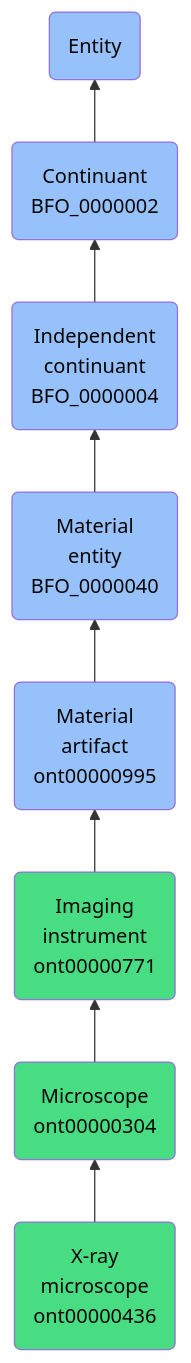
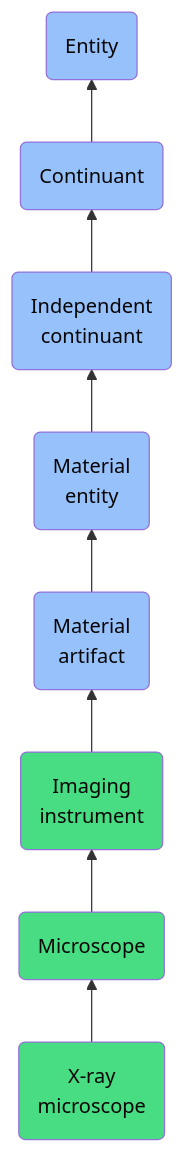
One commit to jupyter-naas/abi changed the diagram in docs/ontology/reference/model/Entity/Continuant/Independent continuant/Material entity/Material artifact/Imaging instrument/Microscope/X-ray microscope/X-ray microscope.md. Above: the diagram before and after it, drawn with Mermaid. The commit also changed other lines of this file and 1430 other files, not shown here.

````diff
--- a/docs/ontology/reference/model/Entity/Continuant/Independent continuant/Material entity/Material artifact/Imaging instrument/Microscope/X-ray microscope/X-ray microscope.md
+++ b/docs/ontology/reference/model/Entity/Continuant/Independent continuant/Material entity/Material artifact/Imaging instrument/Microscope/X-ray microscope/X-ray microscope.md
@@ -24,15 +24,15 @@
 ```mermaid
 graph BT
-    ont00000436(X-ray<br>microscope<br>ont00000436):::ABI-->ont00000304
-    ont00000304(Microscope<br>ont00000304):::ABI-->ont00000771
-    ont00000771(Imaging<br>instrument<br>ont00000771):::ABI-->ont00000995
-    ont00000995(Material<br>artifact<br>ont00000995):::BFO-->BFO_0000040
-    BFO_0000040(Material<br>entity<br>BFO_0000040):::BFO-->BFO_0000004
-    BFO_0000004(Independent<br>continuant<br>BFO_0000004):::BFO-->BFO_0000002
-    BFO_0000002(Continuant<br>BFO_0000002):::BFO-->BFO_0000001
+    ont00000436(X-ray<br>microscope):::ABI-->ont00000304
+    ont00000304(Microscope):::ABI-->ont00000771
+    ont00000771(Imaging<br>instrument):::ABI-->ont00000995
+    ont00000995(Material<br>artifact):::BFO-->BFO_0000040
+    BFO_0000040(Material<br>entity):::BFO-->BFO_0000004
+    BFO_0000004(Independent<br>continuant):::BFO-->BFO_0000002
+    BFO_0000002(Continuant):::BFO-->BFO_0000001
     BFO_0000001(Entity):::BFO
     
     classDef BFO fill:#97c1fb,color:#060606
     classDef CCO fill:#e4c51e,color:#060606
     classDef ABI fill:#48DD82,color:#060606
 ```
````
